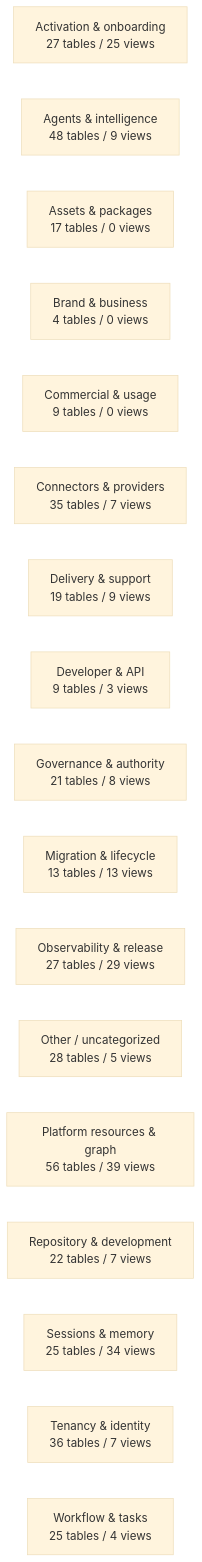
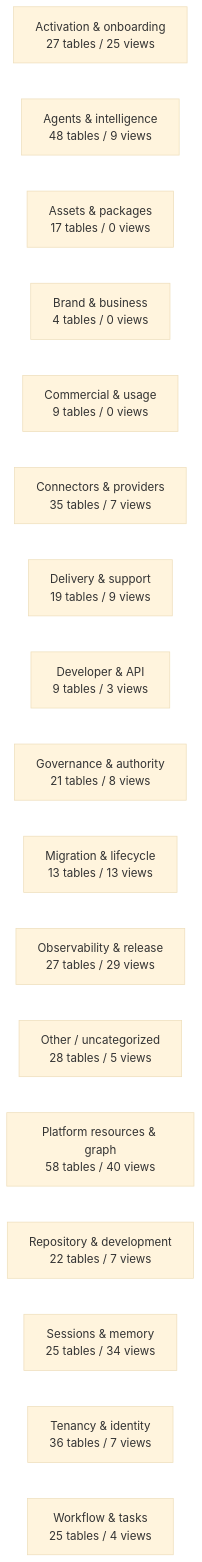
The diagram in docs/work-maps/data-model-domain-map.md (mad4bdigital-ai/multi-business-multi-role-growth-intelligence-os), drawn with Mermaid (base theme) before and after one commit. The commit also changed other lines of this file and 4 other files, not shown here.

````diff
--- a/docs/work-maps/data-model-domain-map.md
+++ b/docs/work-maps/data-model-domain-map.md
@@ -9,20 +9,20 @@
 ```mermaid
 flowchart LR
   n_Activation___onboarding["Activation & onboarding<br/>27 tables / 25 views"]
   n_Agents___intelligence["Agents & intelligence<br/>48 tables / 9 views"]
   n_Assets___packages["Assets & packages<br/>17 tables / 0 views"]
   n_Brand___business["Brand & business<br/>4 tables / 0 views"]
   n_Commercial___usage["Commercial & usage<br/>9 tables / 0 views"]
   n_Connectors___providers["Connectors & providers<br/>35 tables / 7 views"]
   n_Delivery___support["Delivery & support<br/>19 tables / 9 views"]
   n_Developer___API["Developer & API<br/>9 tables / 3 views"]
   n_Governance___authority["Governance & authority<br/>21 tables / 8 views"]
   n_Migration___lifecycle["Migration & lifecycle<br/>13 tables / 13 views"]
   n_Observability___release["Observability & release<br/>27 tables / 29 views"]
   n_Other___uncategorized["Other / uncategorized<br/>28 tables / 5 views"]
-  n_Platform_resources___graph["Platform resources & graph<br/>56 tables / 39 views"]
+  n_Platform_resources___graph["Platform resources & graph<br/>58 tables / 40 views"]
   n_Repository___development["Repository & development<br/>22 tables / 7 views"]
   n_Sessions___memory["Sessions & memory<br/>25 tables / 34 views"]
   n_Tenancy___identity["Tenancy & identity<br/>36 tables / 7 views"]
   n_Workflow___tasks["Workflow & tasks<br/>25 tables / 4 views"]
 ```
````
